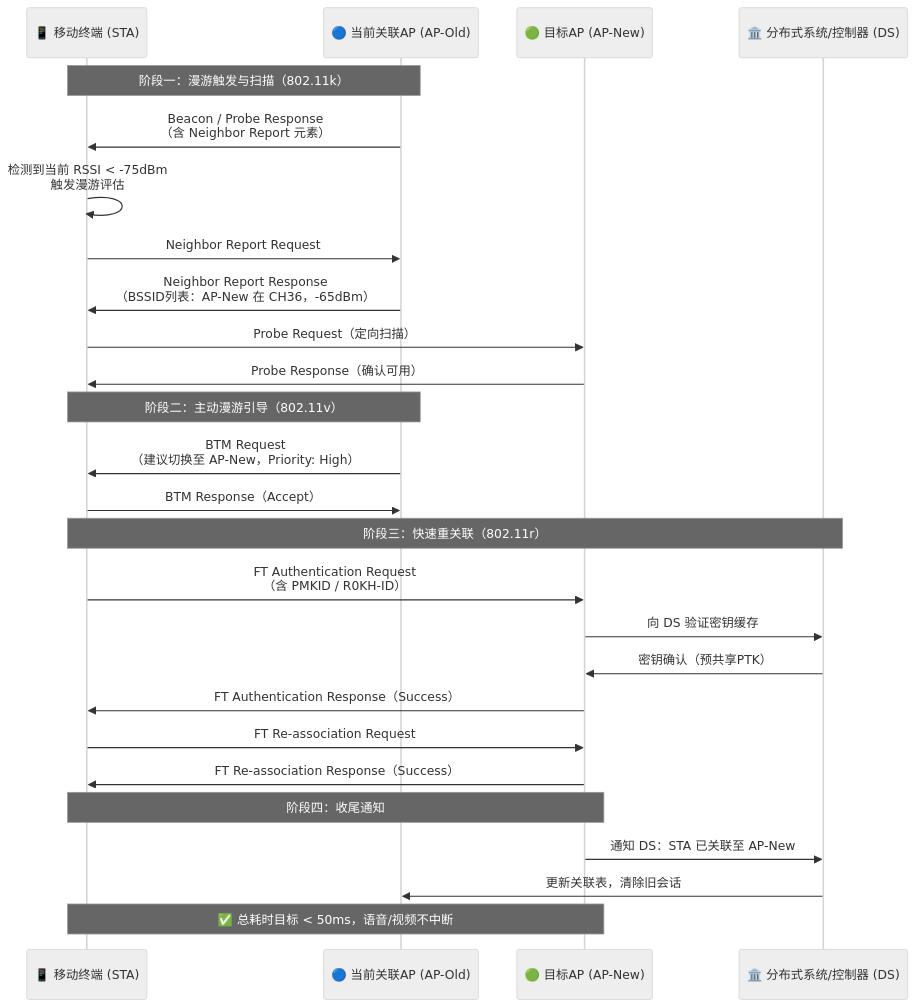
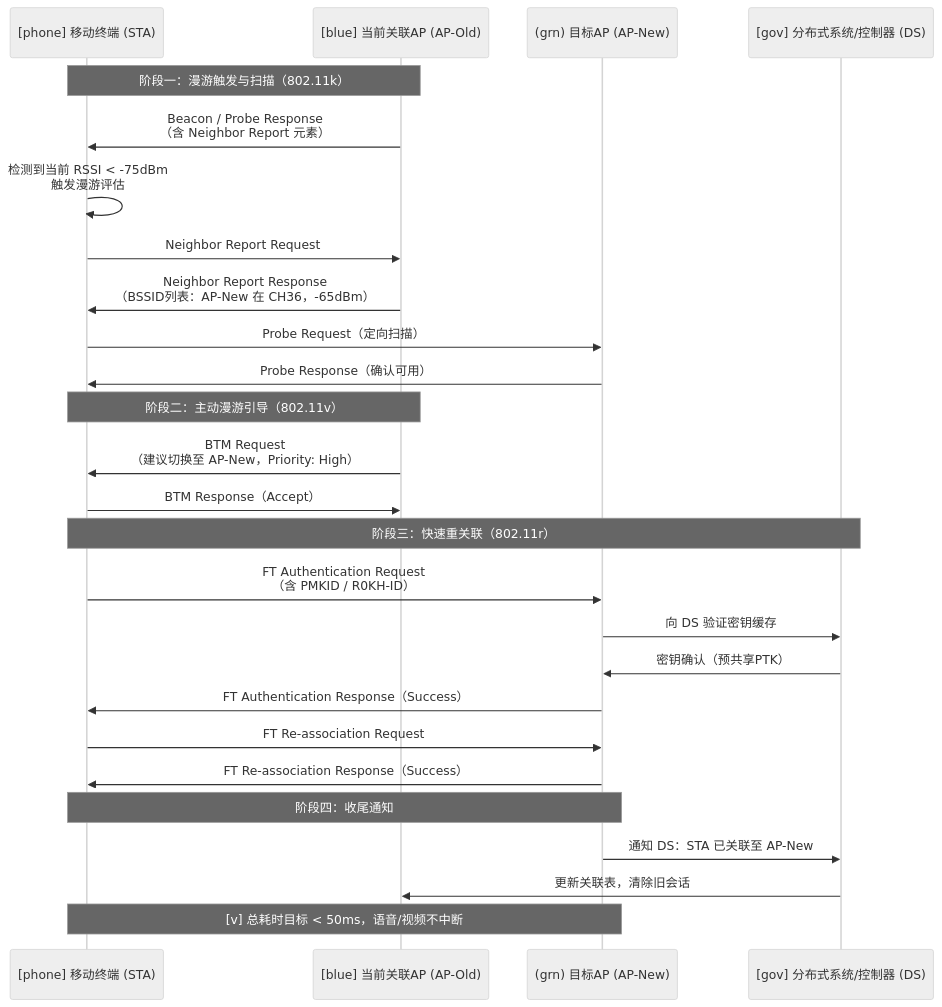
The fifth of 5 diagrams in docs/guide/wireless/mesh-networking.md (SKT-Shurima/NetworkMastery), drawn with Mermaid (neutral theme) before and after one commit. The commit also changed other lines of this file and 54 other files, not shown here.

````diff
--- a/docs/guide/wireless/mesh-networking.md
+++ b/docs/guide/wireless/mesh-networking.md
@@ -249,33 +249,33 @@
 ```mermaid
 sequenceDiagram
-    participant STA as 📱 移动终端 (STA)
-    participant AP_OLD as 🔵 当前关联AP (AP-Old)
-    participant AP_NEW as 🟢 目标AP (AP-New)
-    participant DS as 🏛️ 分布式系统/控制器 (DS)
+    participant STA as [phone] 移动终端 (STA)
+    participant AP_OLD as [blue] 当前关联AP (AP-Old)
+    participant AP_NEW as (grn) 目标AP (AP-New)
+    participant DS as [gov] 分布式系统/控制器 (DS)
 
     Note over STA,AP_OLD: 阶段一：漫游触发与扫描（802.11k）
     AP_OLD ->> STA: Beacon / Probe Response<br/>（含 Neighbor Report 元素）
     STA ->> STA: 检测到当前 RSSI < -75dBm<br/>触发漫游评估
     STA ->> AP_OLD: Neighbor Report Request
     AP_OLD ->> STA: Neighbor Report Response<br/>（BSSID列表：AP-New 在 CH36，-65dBm）
     STA ->> AP_NEW: Probe Request（定向扫描）
     AP_NEW ->> STA: Probe Response（确认可用）
 
     Note over STA,AP_OLD: 阶段二：主动漫游引导（802.11v）
     AP_OLD ->> STA: BTM Request<br/>（建议切换至 AP-New，Priority: High）
     STA ->> AP_OLD: BTM Response（Accept）
 
     Note over STA,DS: 阶段三：快速重关联（802.11r）
     STA ->> AP_NEW: FT Authentication Request<br/>（含 PMKID / R0KH-ID）
     AP_NEW ->> DS: 向 DS 验证密钥缓存
     DS ->> AP_NEW: 密钥确认（预共享PTK）
     AP_NEW ->> STA: FT Authentication Response（Success）
     STA ->> AP_NEW: FT Re-association Request
     AP_NEW ->> STA: FT Re-association Response（Success）
 
     Note over STA,AP_NEW: 阶段四：收尾通知
     AP_NEW ->> DS: 通知 DS：STA 已关联至 AP-New
     DS ->> AP_OLD: 更新关联表，清除旧会话
     
-    Note over STA,AP_NEW: ✅ 总耗时目标 < 50ms，语音/视频不中断
+    Note over STA,AP_NEW: [v] 总耗时目标 < 50ms，语音/视频不中断
 ```
````
